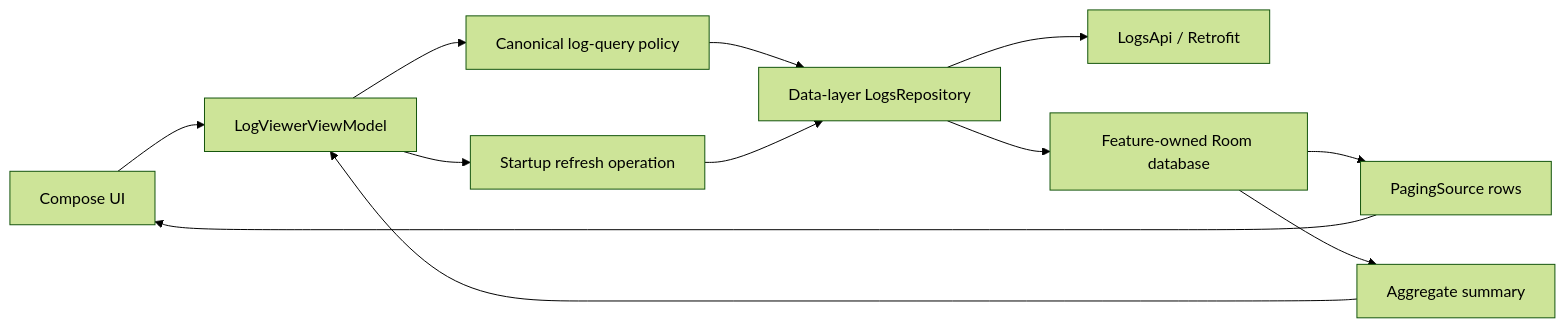
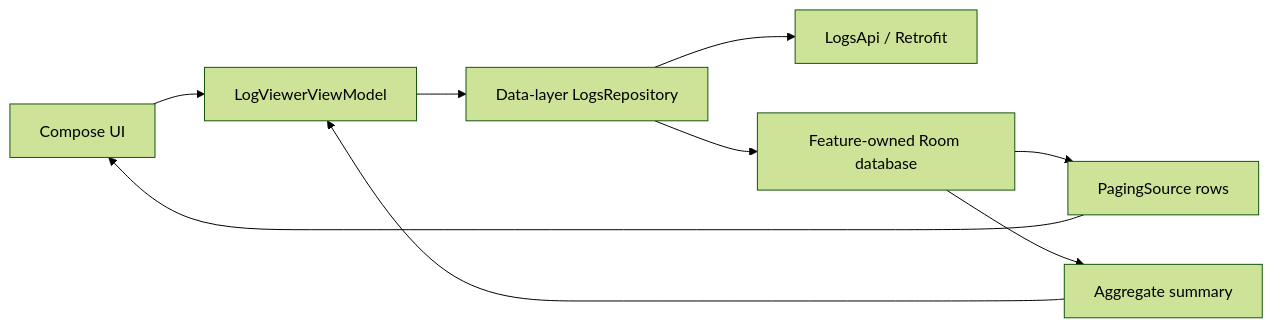
Before and after one commit to JOkeryyyy/FGFChallenge: the first of 3 diagrams in documentation/ARCHITECTURE.md, drawn with Mermaid (forest theme). The commit also changed other lines of this file and 27 other files, not shown here.

````diff
--- a/documentation/ARCHITECTURE.md
+++ b/documentation/ARCHITECTURE.md
@@ -28,14 +28,11 @@
 ```mermaid
 flowchart LR
     UI["Compose UI"] --> VM["LogViewerViewModel"]
-    VM --> POLICY["Canonical log-query policy"]
-    VM --> REFRESH["Startup refresh operation"]
-    POLICY --> REPOSITORY["Data-layer LogsRepository"]
-    REFRESH --> REPOSITORY
+    VM --> REPOSITORY["Data-layer LogsRepository"]
     REPOSITORY --> REMOTE["LogsApi / Retrofit"]
     REPOSITORY --> ROOM["Feature-owned Room database"]
     ROOM --> PAGE["PagingSource rows"]
     ROOM --> SUMMARY["Aggregate summary"]
     PAGE --> UI
     SUMMARY --> VM
 ```
````
